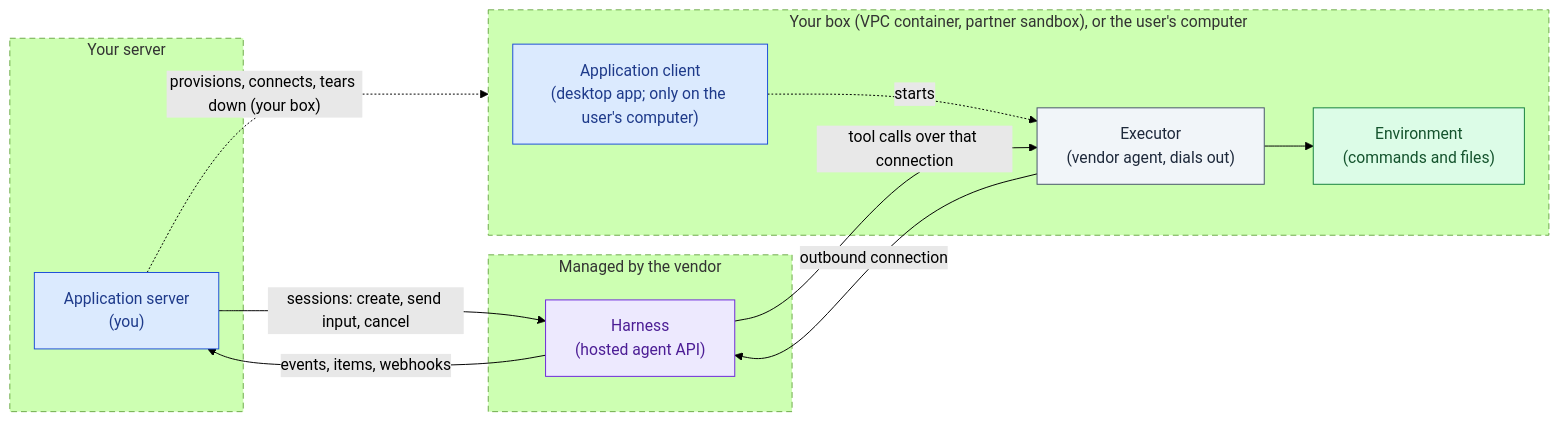
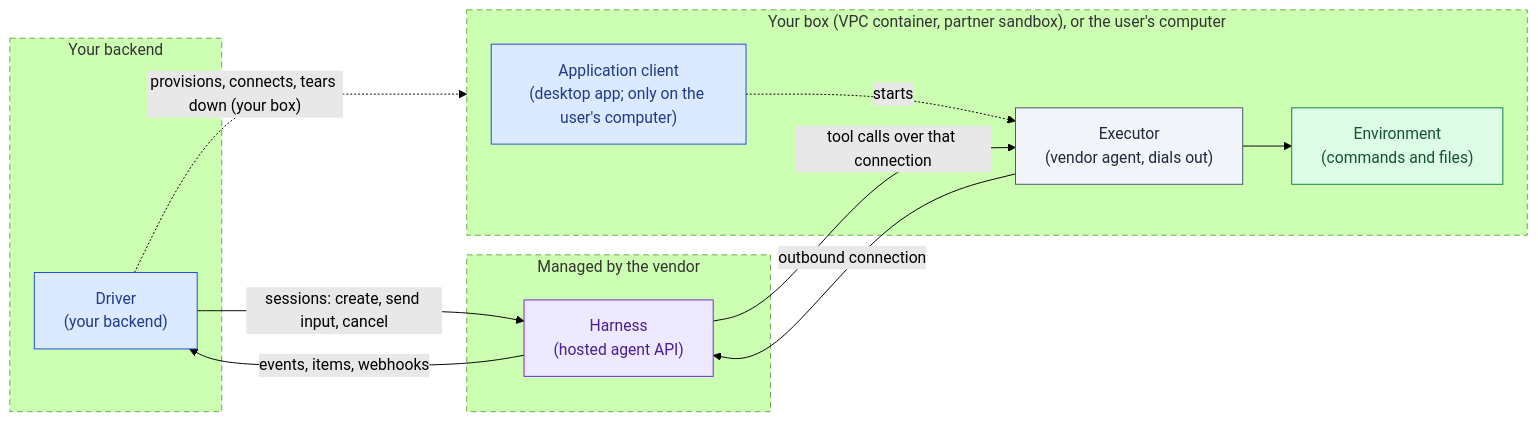
Before and after one commit to botiverse/oar: the sixth of 13 diagrams in docs/design/patterns.md, drawn with Mermaid (forest theme). The commit also changed other lines of this file, not shown here.

First line of the commit message:
docs(design): patterns split the application into client and driver, pattern 1 gets 1a and 1b

````diff
--- a/docs/design/patterns.md
+++ b/docs/design/patterns.md
@@ -427,28 +493,28 @@
 ```mermaid
 flowchart LR
-  subgraph server["Your server"]
-    App["Application server<br/>(you)"]:::app
+  subgraph server["Your backend"]
+    App["Driver<br/>(your backend)"]:::app
   end
   subgraph vendor["Managed by the vendor"]
     Harness["Harness<br/>(hosted agent API)"]:::harness
   end
   subgraph yourenv["Your box (VPC container, partner sandbox), or the user's computer"]
     Client["Application client<br/>(desktop app; only on the user's computer)"]:::app
     Exec["Executor<br/>(vendor agent, dials out)"]:::front
     Env["Environment<br/>(commands and files)"]:::env
   end
   App -- "sessions: create, send input, cancel" --> Harness
   Harness -- "events, items, webhooks" --> App
   Client -. "starts" .-> Exec
   Exec -- "outbound connection" --> Harness
   Harness -- "tool calls over that connection" --> Exec
   Exec --> Env
   App -. "provisions, connects, tears down (your box)" .-> yourenv
   style server stroke-dasharray: 6 4
   style vendor stroke-dasharray: 6 4
   style yourenv stroke-dasharray: 6 4
   classDef app fill:#dbeafe,stroke:#1d4ed8,color:#1e3a8a
   classDef harness fill:#ede9fe,stroke:#6d28d9,color:#4c1d95
   classDef env fill:#dcfce7,stroke:#15803d,color:#14532d
   classDef front fill:#f1f5f9,stroke:#475569,color:#1e293b
 ```
````
